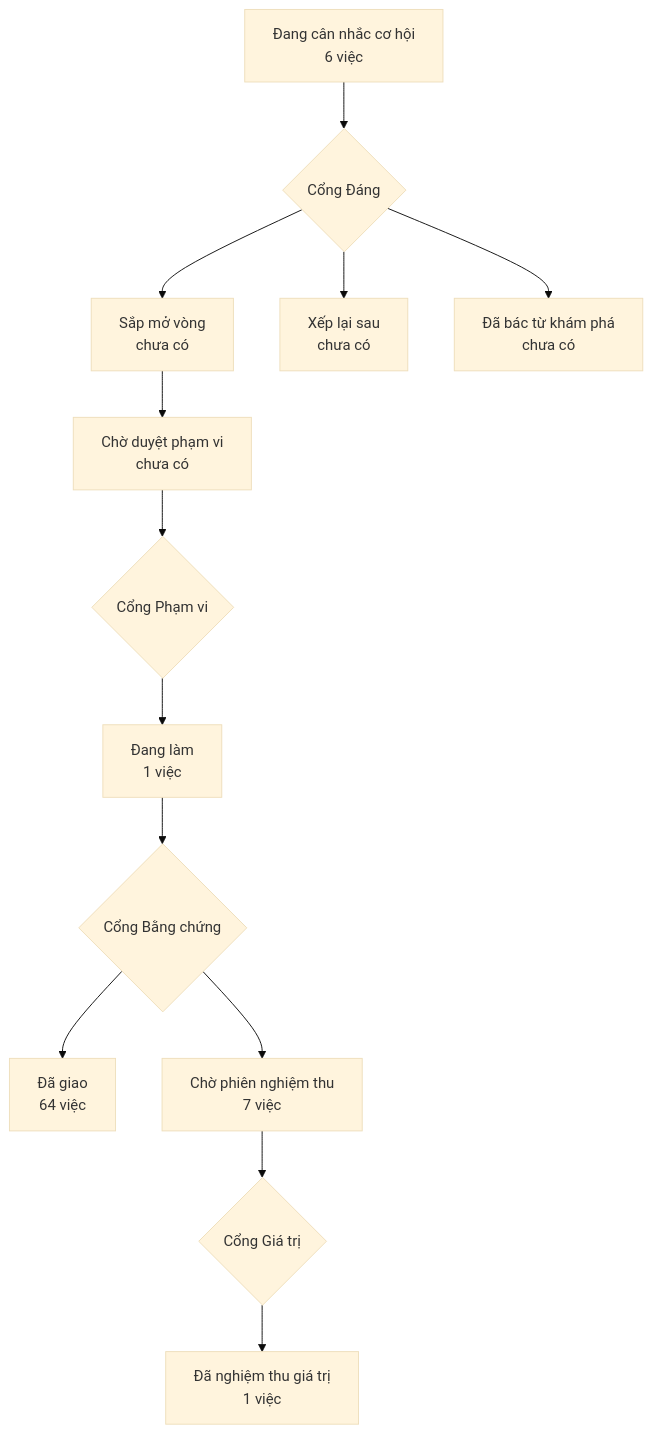
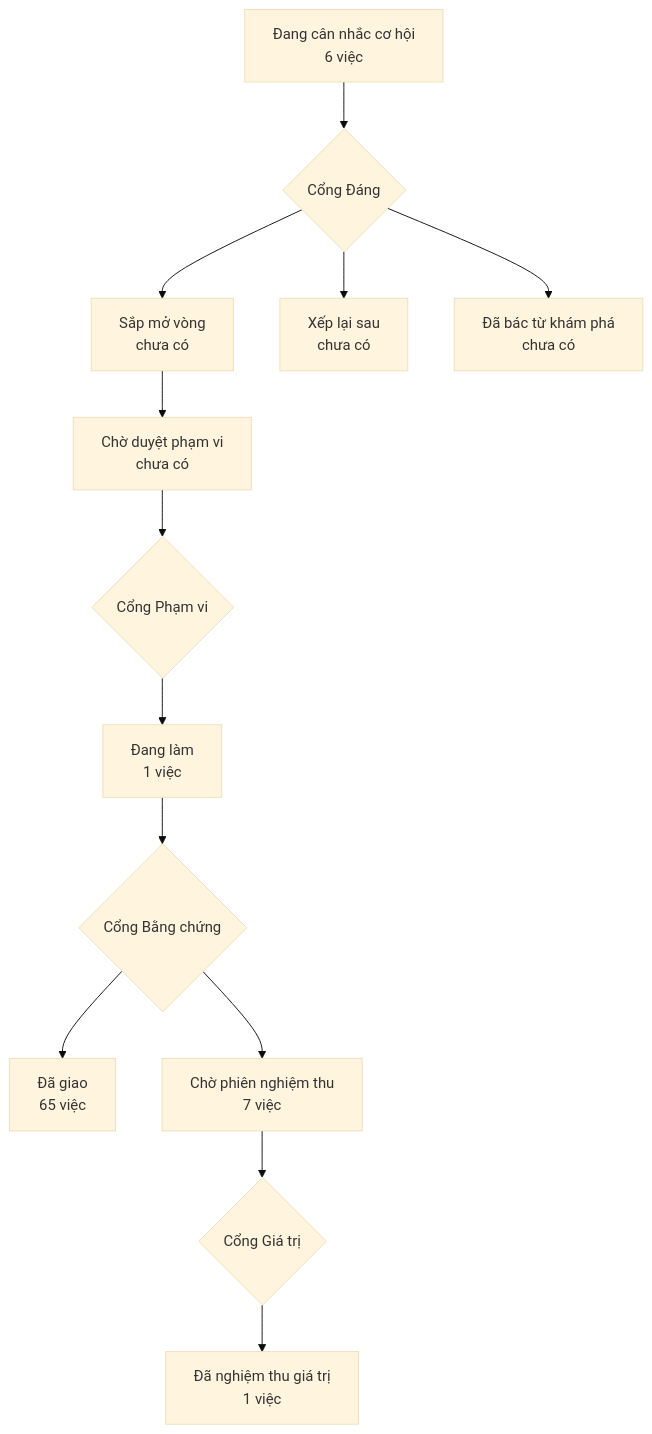
Before and after one commit to phanlemanh/crm-onehub: the diagram in PRODUCT-MAP.md, drawn with Mermaid (base theme). The commit also changed other lines of this file and 2 other files, not shown here.

Commit message:
docs(acceptance): tien-te-chua-tai-khong-doan — Cổng 2 định tuyến, máy đã thông (cửa veto mở)

````diff
--- a/PRODUCT-MAP.md
+++ b/PRODUCT-MAP.md
@@ -6,12 +6,12 @@
 ```mermaid
 flowchart TD
   A["Đang cân nhắc cơ hội<br/>6 việc"] --> GD{"Cổng Đáng"}
   GD --> B["Sắp mở vòng<br/>chưa có"]
   GD --> XL["Xếp lại sau<br/>chưa có"]
   GD --> DB["Đã bác từ khám phá<br/>chưa có"]
   B --> CD["Chờ duyệt phạm vi<br/>chưa có"] --> GP{"Cổng Phạm vi"}
   GP --> DL["Đang làm<br/>1 việc"] --> GB{"Cổng Bằng chứng"}
-  GB --> DG["Đã giao<br/>64 việc"]
+  GB --> DG["Đã giao<br/>65 việc"]
   GB --> CN["Chờ phiên nghiệm thu<br/>7 việc"] --> GG{"Cổng Giá trị"}
   GG --> NT["Đã nghiệm thu giá trị<br/>1 việc"]
 ```
````
